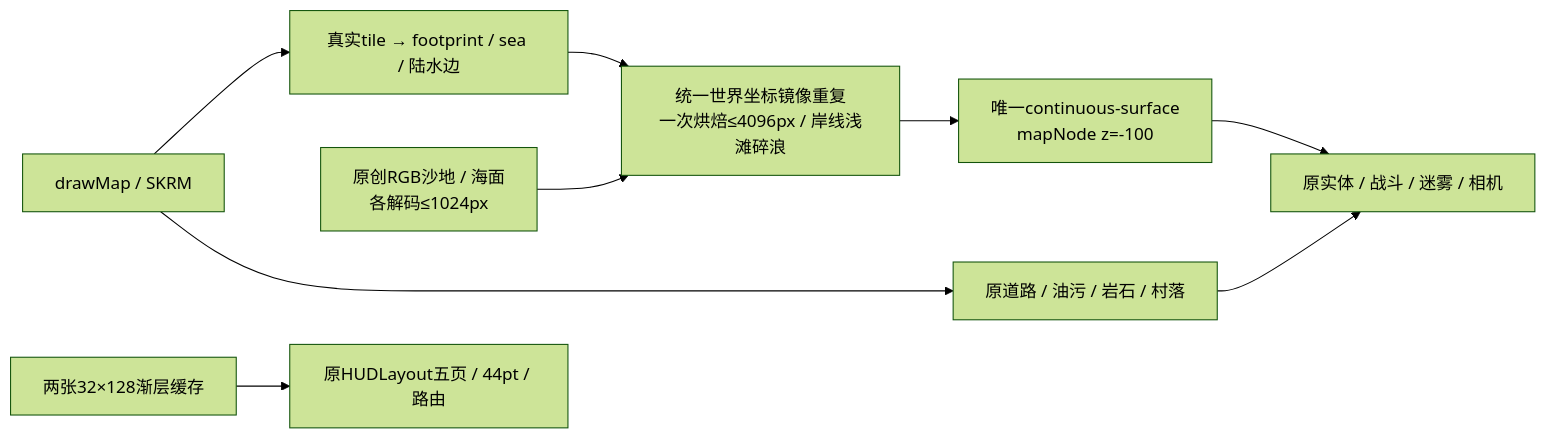
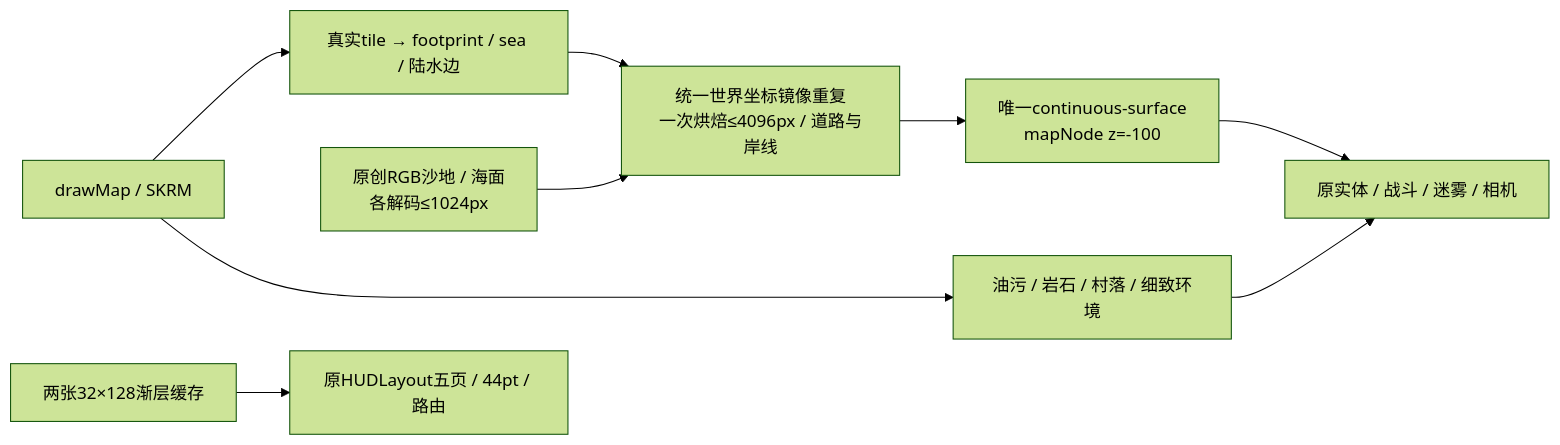
One commit to Altman-sam114/1145 changed diagram 17 of 18 in md/flow/flowchart.md. Above: the diagram before and after it, drawn with Mermaid (forest theme). The commit also changed other lines of this file and 14 other files, not shown here.

````diff
--- a/md/flow/flowchart.md
+++ b/md/flow/flowchart.md
@@ -460,11 +460,11 @@
 ```mermaid
 flowchart LR
   Map["drawMap / SKRM"] --> Mask["真实tile → footprint / sea / 陆水边"]
-  RGB["原创RGB沙地 / 海面<br/>各解码≤1024px"] --> Bake["统一世界坐标镜像重复<br/>一次烘焙≤4096px / 岸线浅滩碎浪"]
+  RGB["原创RGB沙地 / 海面<br/>各解码≤1024px"] --> Bake["统一世界坐标镜像重复<br/>一次烘焙≤4096px / 道路与岸线"]
   Mask --> Bake
   Bake --> Surface["唯一continuous-surface<br/>mapNode z=-100"]
-  Map --> Detail["原道路 / 油污 / 岩石 / 村落"]
+  Map --> Detail["油污 / 岩石 / 村落 / 细致环境"]
   Surface --> Layers["原实体 / 战斗 / 迷雾 / 相机"]
   Detail --> Layers
   Shade["两张32×128渐层缓存"] --> HUD["原HUDLayout五页 / 44pt / 路由"]
 ```
````
